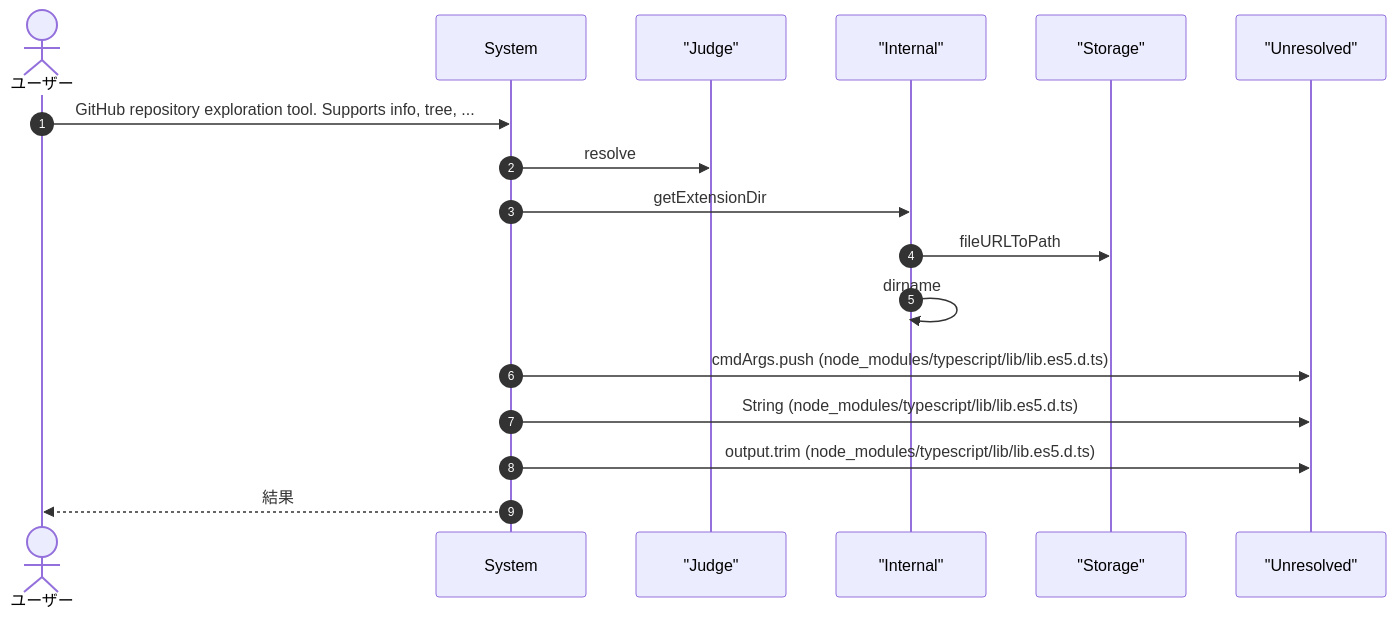
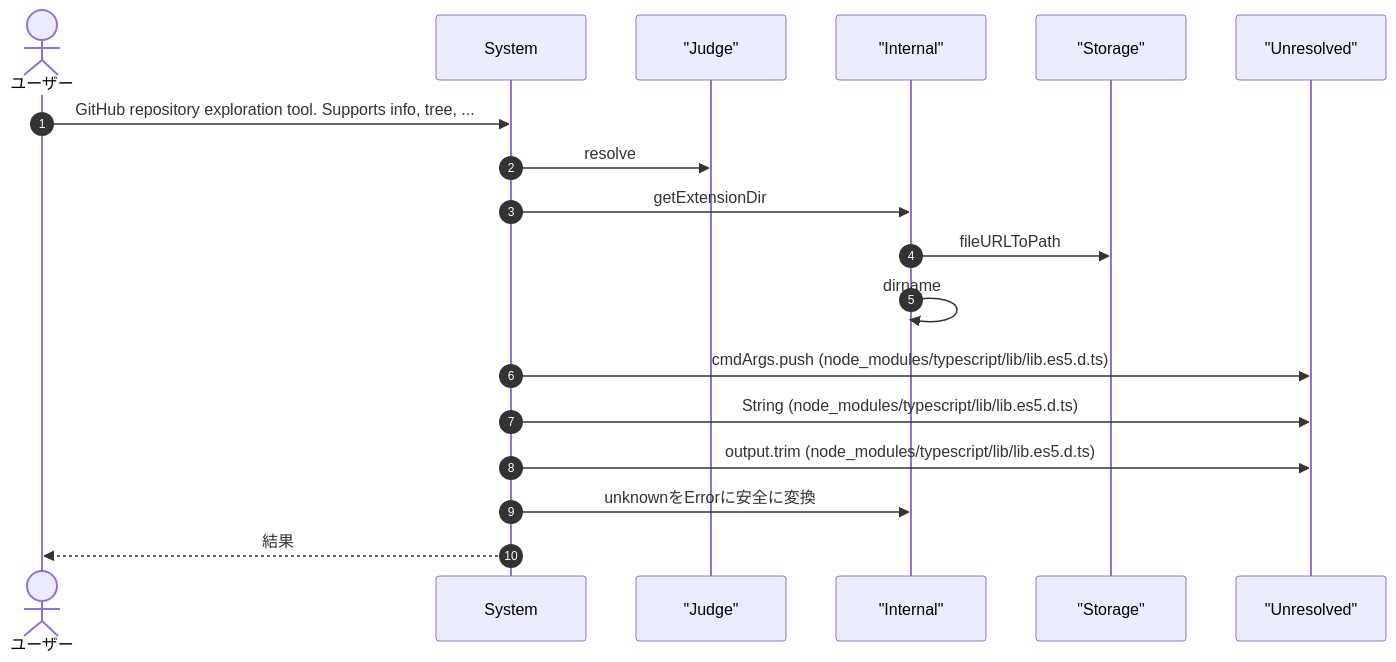
The first of 2 diagrams in ABDD/.pi/extensions/github-agent.md (Mekann2904/mekann), drawn with Mermaid before and after one commit. The commit also changed other lines of this file and 189 other files, not shown here.

````diff
--- a/ABDD/.pi/extensions/github-agent.md
+++ b/ABDD/.pi/extensions/github-agent.md
@@ -40,21 +40,22 @@
 ```mermaid
 sequenceDiagram
   autonumber
   actor User as ユーザー
   participant System as System
   participant Judge as "Judge"
   participant Internal as "Internal"
   participant Storage as "Storage"
   participant Unresolved as "Unresolved"
 
   User->>System: GitHub repository exploration tool. Supports info, tree, ...
   System->>Judge: resolve
   System->>Internal: getExtensionDir
   Internal->>Storage: fileURLToPath
   Internal->>Internal: dirname
   System->>Unresolved: cmdArgs.push (node_modules/typescript/lib/lib.es5.d.ts)
   System->>Unresolved: String (node_modules/typescript/lib/lib.es5.d.ts)
   System->>Unresolved: output.trim (node_modules/typescript/lib/lib.es5.d.ts)
+  System->>Internal: unknownをErrorに安全に変換
   System-->>User: 結果
 
 ```
````
